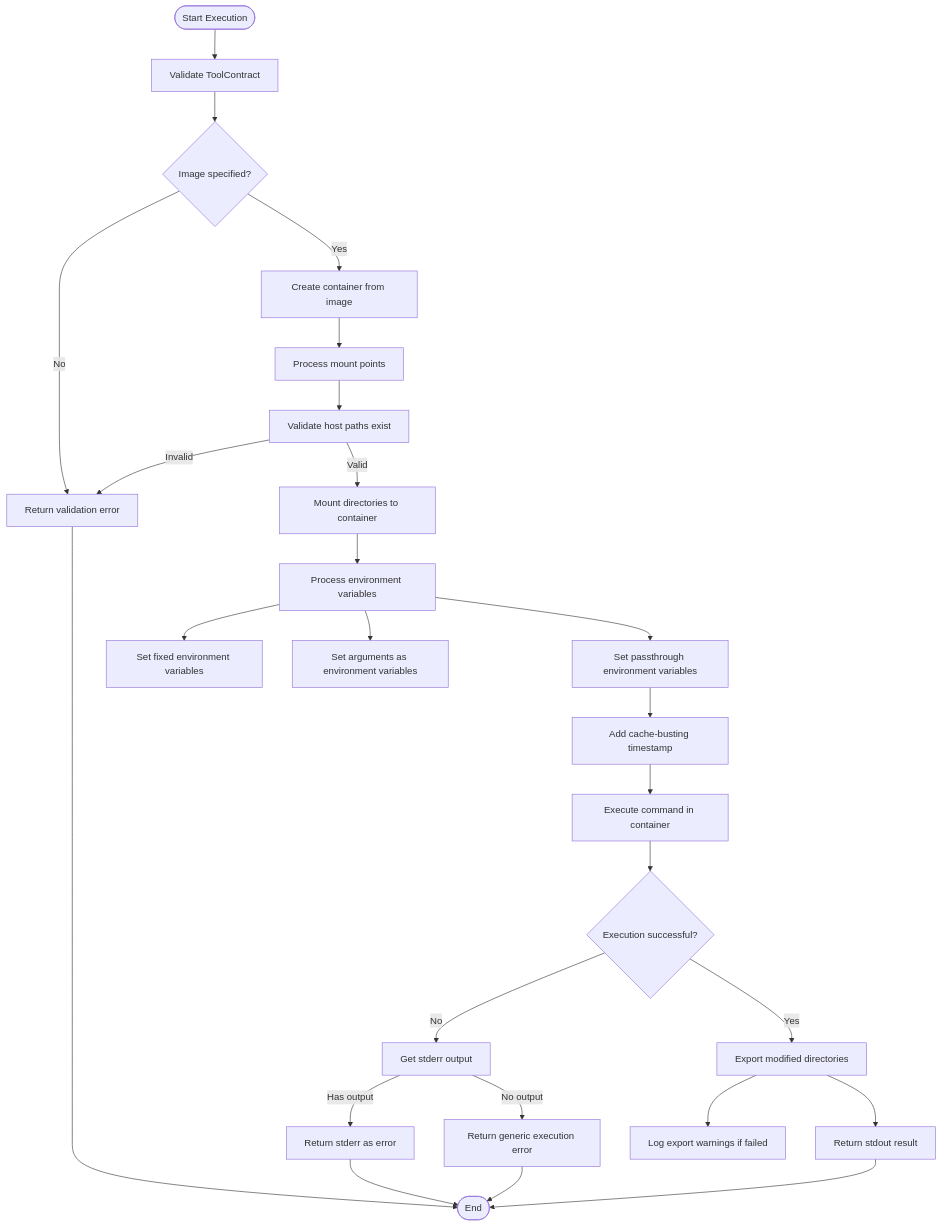
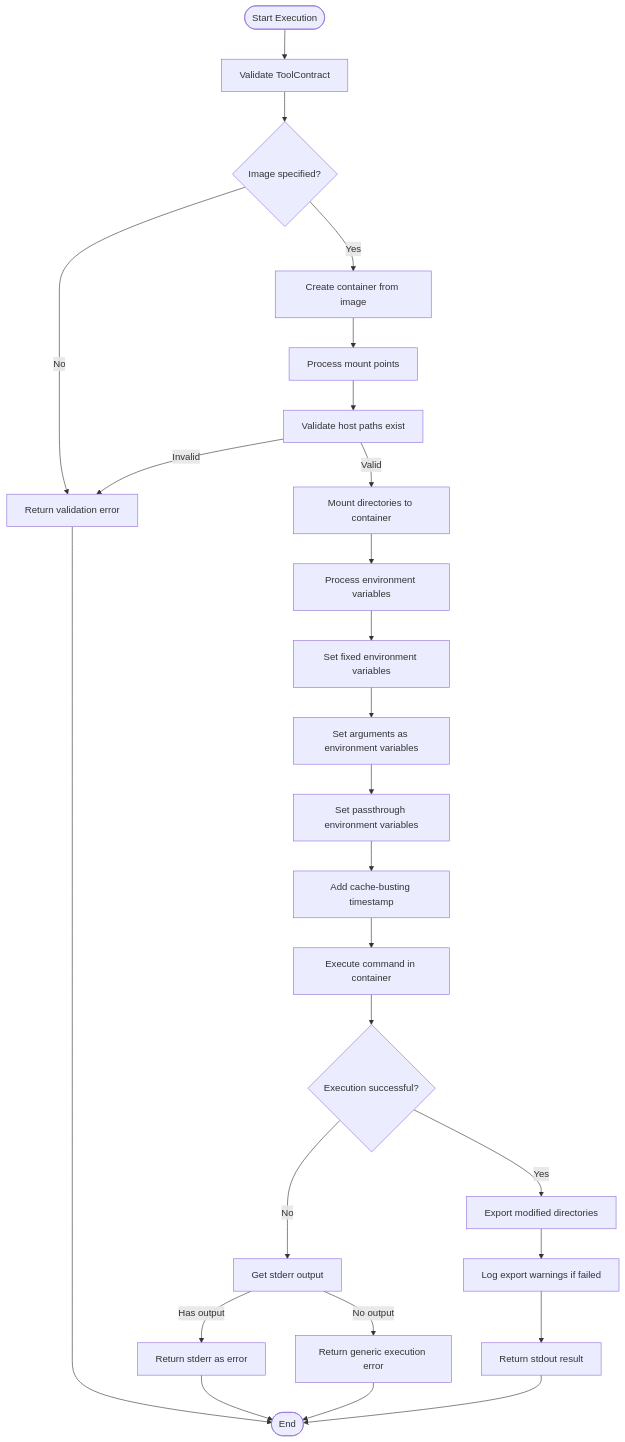
Before and after one commit to prxs-ai/praxis-go-sdk: the fifth of 6 diagrams in docs/Architecture Overview/Execution Engine Abstraction/Dagger Execution Engine.md, drawn with Mermaid. The commit also changed other lines of this file and 33 other files, not shown here.

````diff
--- a/docs/Architecture Overview/Execution Engine Abstraction/Dagger Execution Engine.md
+++ b/docs/Architecture Overview/Execution Engine Abstraction/Dagger Execution Engine.md
@@ -201,28 +201,28 @@
 ```mermaid
 flowchart TD
 Start([Start Execution]) --> ValidateContract["Validate ToolContract"]
 ValidateContract --> ImageValid{"Image specified?"}
-ImageValid --> |No| ReturnError["Return validation error"]
-ImageValid --> |Yes| CreateContainer["Create container from image"]
+ImageValid -->|No| ReturnError["Return validation error"]
+ImageValid -->|Yes| CreateContainer["Create container from image"]
 CreateContainer --> ProcessMounts["Process mount points"]
 ProcessMounts --> ValidatePaths["Validate host paths exist"]
-ValidatePaths --> |Invalid| ReturnError
-ValidatePaths --> |Valid| MountDirectories["Mount directories to container"]
+ValidatePaths -->|Invalid| ReturnError
+ValidatePaths -->|Valid| MountDirectories["Mount directories to container"]
 MountDirectories --> ProcessEnv["Process environment variables"]
 ProcessEnv --> SetFixedEnv["Set fixed environment variables"]
-ProcessEnv --> SetArgsAsEnv["Set arguments as environment variables"]
-ProcessEnv --> SetPassthroughEnv["Set passthrough environment variables"]
+SetFixedEnv --> SetArgsAsEnv["Set arguments as environment variables"]
+SetArgsAsEnv --> SetPassthroughEnv["Set passthrough environment variables"]
 SetPassthroughEnv --> AddCacheBust["Add cache-busting timestamp"]
 AddCacheBust --> ExecuteCommand["Execute command in container"]
 ExecuteCommand --> CheckResult{"Execution successful?"}
-CheckResult --> |No| GetStderr["Get stderr output"]
-GetStderr --> |Has output| ReturnStderr["Return stderr as error"]
-GetStderr --> |No output| ReturnGenericError["Return generic execution error"]
-CheckResult --> |Yes| ExportMounts["Export modified directories"]
+CheckResult -->|No| GetStderr["Get stderr output"]
+GetStderr -->|Has output| ReturnStderr["Return stderr as error"]
+GetStderr -->|No output| ReturnGenericError["Return generic execution error"]
+CheckResult -->|Yes| ExportMounts["Export modified directories"]
 ExportMounts --> LogWarnings["Log export warnings if failed"]
-ExportMounts --> ReturnResult["Return stdout result"]
+LogWarnings --> ReturnResult["Return stdout result"]
 ReturnError --> End([End])
 ReturnStderr --> End
 ReturnGenericError --> End
 ReturnResult --> End
 ```
````
